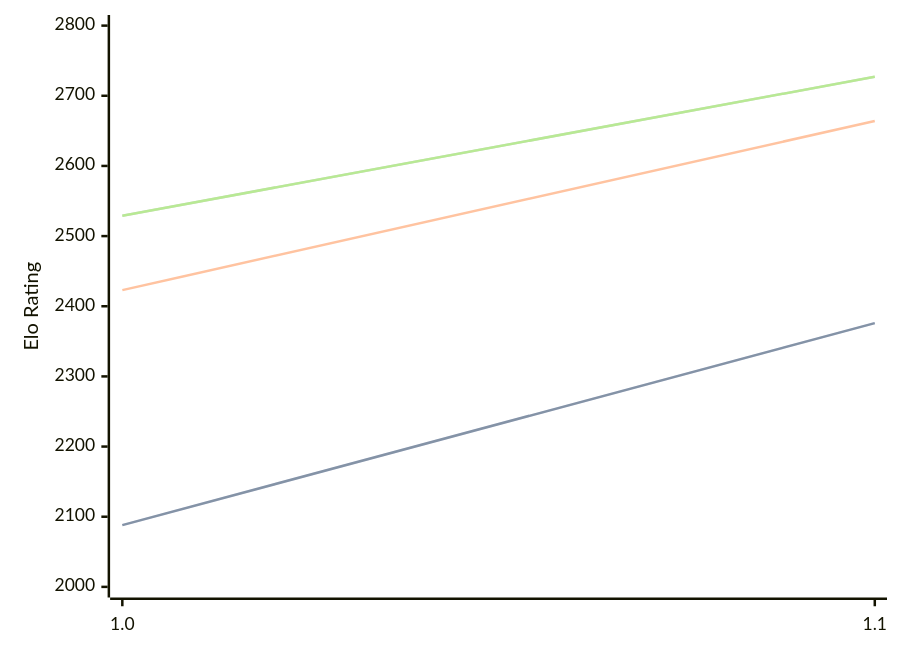
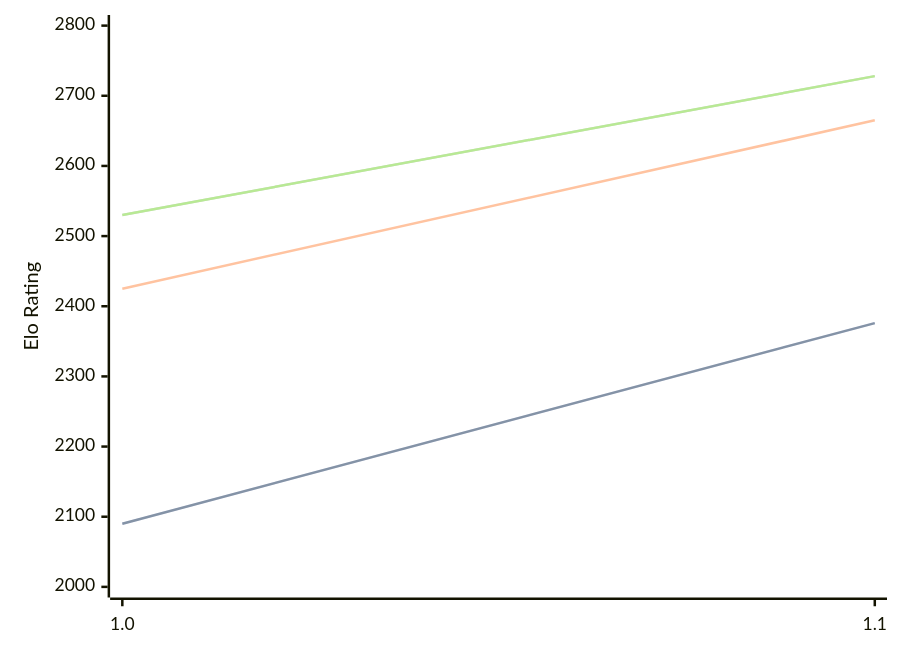
Before and after one commit to computer-chess-index/cci: the diagram in engines/Erinn.md, drawn with Mermaid. The commit also changed other lines of this file, not shown here.

Commit message:
Update CCI Ratings (ELO VLTC) - 2026-08-26

````diff
--- a/engines/Erinn.md
+++ b/engines/Erinn.md
@@ -32,11 +32,11 @@
 ```mermaid
 %%{init: {"theme":"base","themeVariables":{"seriesColors:['#a3a3a3','#222221','#faa371']}}}%%
 xychart-beta
   x-axis ["1.0", "1.1"]
   y-axis "Elo Rating" 2000 --> 2800
-  line "STC (8.0+0.08s)" [2088, 2376]
-  line "STC (8.0+0.08s)" [2088, 2376]
-  line "LTC (60.0+0.60s)" [2423, 2664]
-  line "VLTC (2m24s+1.12s)" [2529, 2727]
-  line "VLTC (2m24s+1.12s)" [2529, 2727]
+  line "STC (8.0+0.08s)" [2090, 2376]
+  line "STC (8.0+0.08s)" [2090, 2376]
+  line "LTC (60.0+0.60s)" [2425, 2665]
+  line "VLTC (2m24s+1.12s)" [2530, 2728]
+  line "VLTC (2m24s+1.12s)" [2530, 2728]
 ```
````
